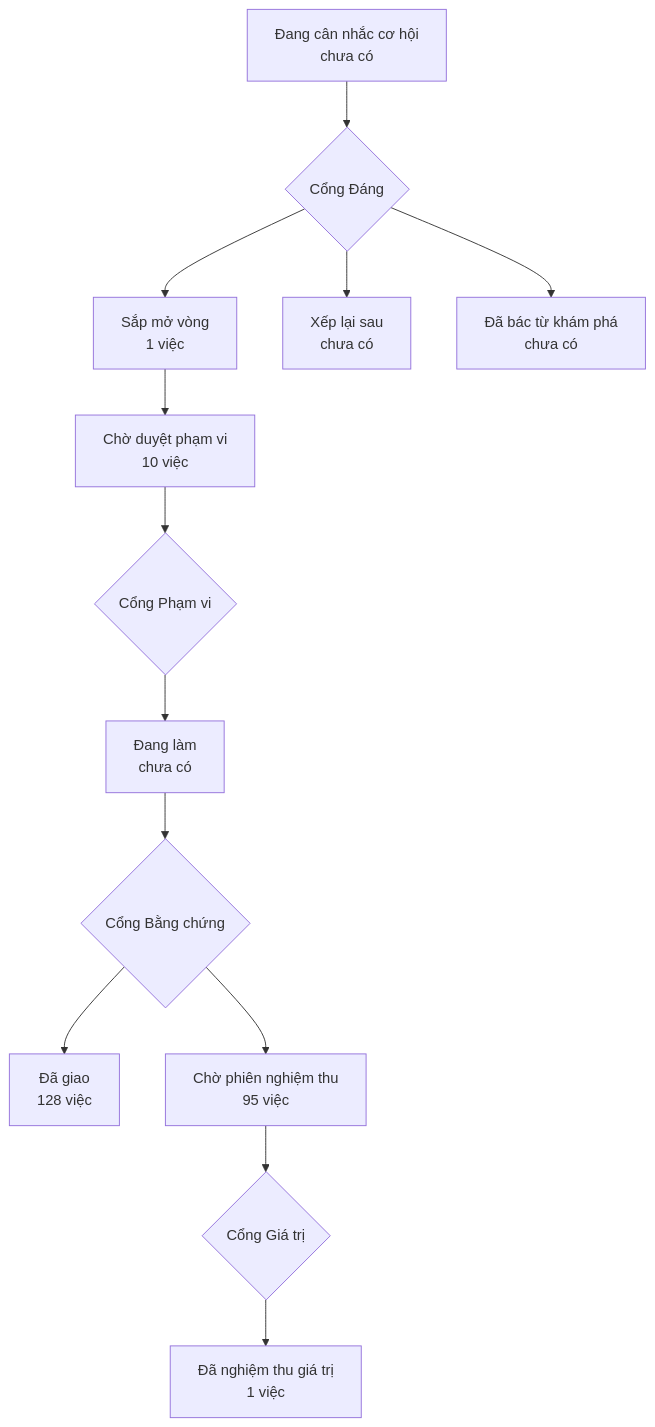
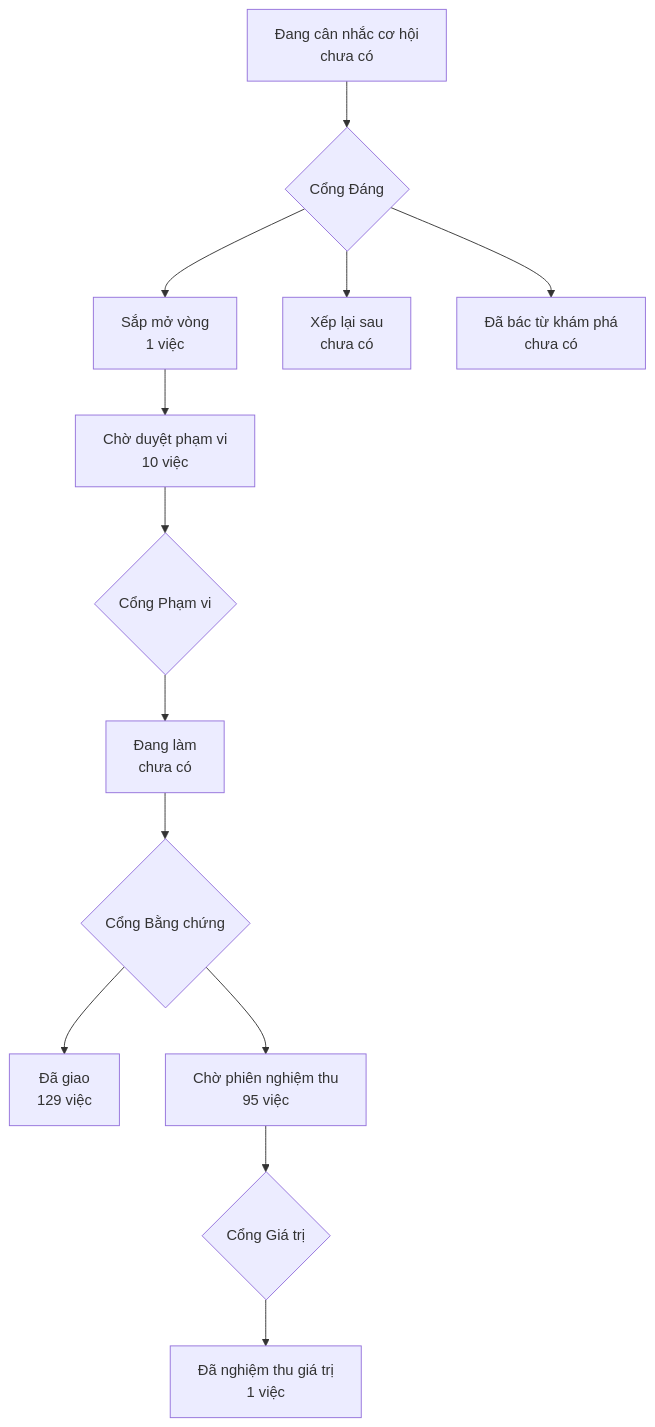
One commit to phanlemanh/onehub-invest changed the diagram in PRODUCT-MAP.md. Above: the diagram before and after it, drawn with Mermaid. The commit also changed other lines of this file and 1 other file, not shown here.

Commit message:
docs(s03-len-cong): vẽ lại bản đồ sản phẩm và lộ trình sau khi gộp main

````diff
--- a/PRODUCT-MAP.md
+++ b/PRODUCT-MAP.md
@@ -7,12 +7,12 @@
 ```mermaid
 flowchart TD
   A["Đang cân nhắc cơ hội<br/>chưa có"] --> GD{"Cổng Đáng"}
   GD --> B["Sắp mở vòng<br/>1 việc"]
   GD --> XL["Xếp lại sau<br/>chưa có"]
   GD --> DB["Đã bác từ khám phá<br/>chưa có"]
   B --> CD["Chờ duyệt phạm vi<br/>10 việc"] --> GP{"Cổng Phạm vi"}
   GP --> DL["Đang làm<br/>chưa có"] --> GB{"Cổng Bằng chứng"}
-  GB --> DG["Đã giao<br/>128 việc"]
+  GB --> DG["Đã giao<br/>129 việc"]
   GB --> CN["Chờ phiên nghiệm thu<br/>95 việc"] --> GG{"Cổng Giá trị"}
   GG --> NT["Đã nghiệm thu giá trị<br/>1 việc"]
 ```
````
